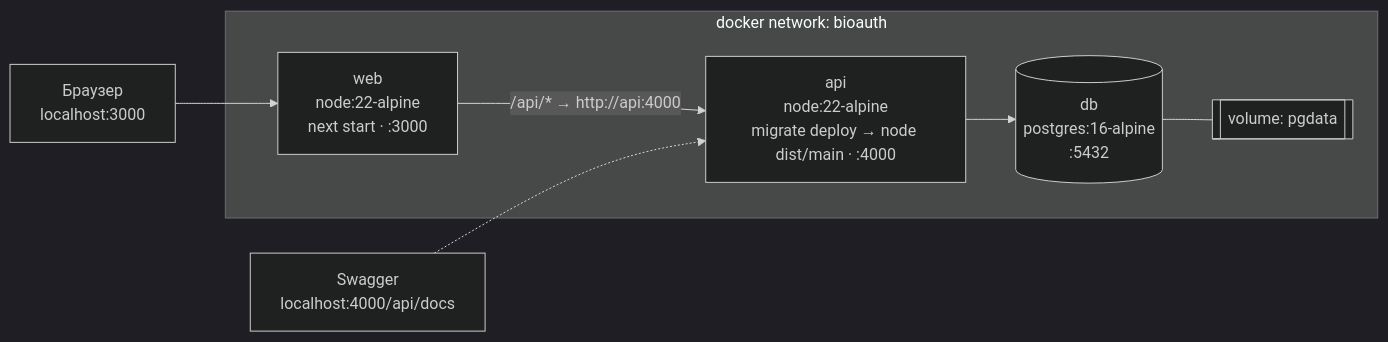
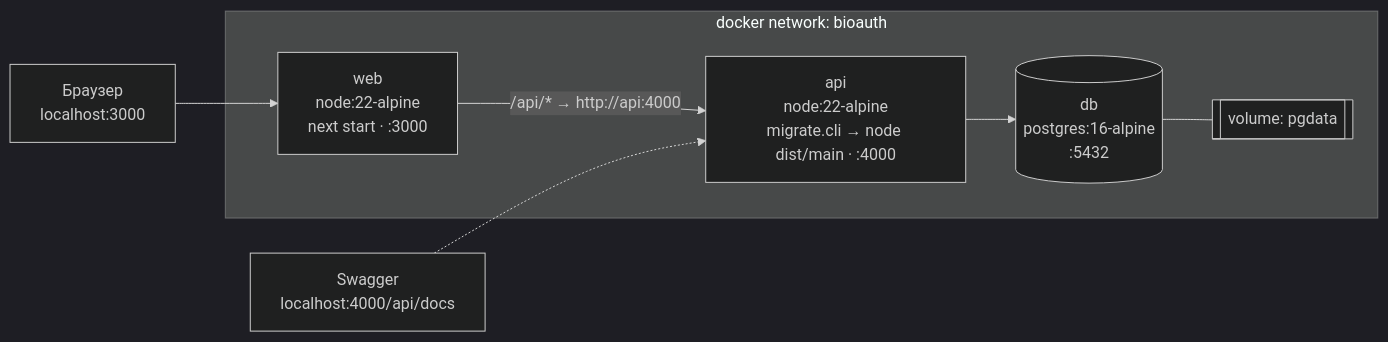
One commit to DcNi3L/bioauth-optimizer changed the diagram in docs/06-deployment.md. Above: the diagram before and after it, drawn with Mermaid (dark theme). The commit also changed other lines of this file and 109 other files, not shown here.

````diff
--- a/docs/06-deployment.md
+++ b/docs/06-deployment.md
@@ -5,14 +5,14 @@
 ```mermaid
 flowchart LR
   B["Браузер<br/>localhost:3000"] --> WEB
   subgraph net["docker network: bioauth"]
     WEB["web<br/>node:22-alpine<br/>next start · :3000"]
-    API["api<br/>node:22-alpine<br/>migrate deploy → node dist/main · :4000"]
+    API["api<br/>node:22-alpine<br/>migrate.cli → node dist/main · :4000"]
     DB[("db<br/>postgres:16-alpine<br/>:5432")]
     VOL[["volume: pgdata"]]
   end
   WEB -- "/api/* → http://api:4000" --> API
   API --> DB
   DB --- VOL
   SW["Swagger<br/>localhost:4000/api/docs"] -.-> API
 ```
````
